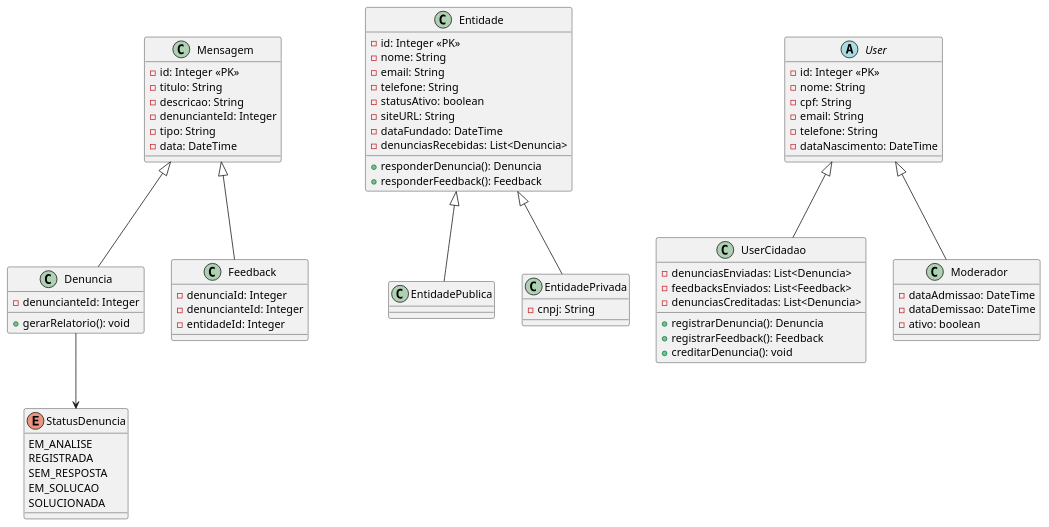
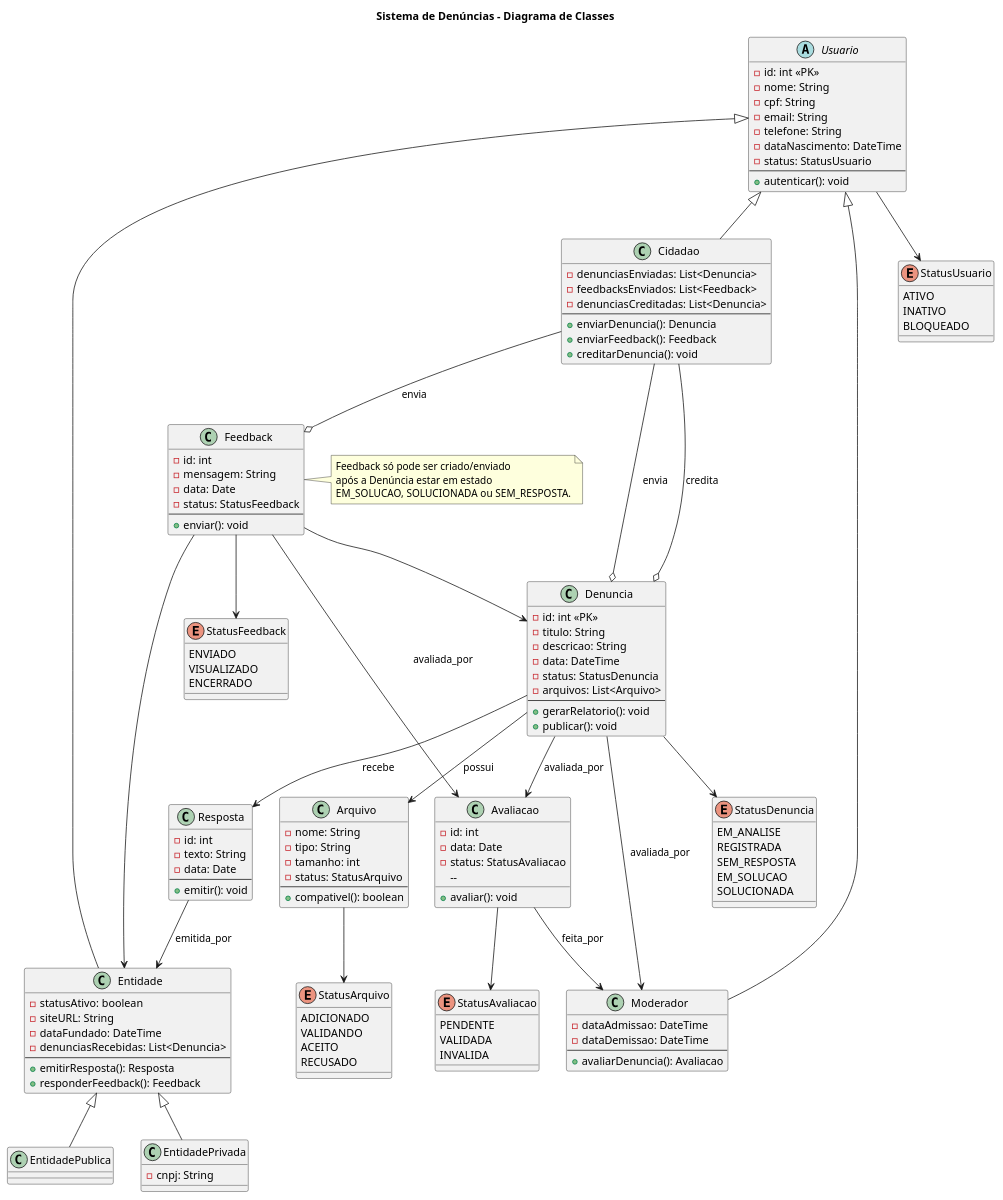
Before and after one commit to rafa-alves6/Reclama.se-AOO: the diagram in Diagramas/uml_classDiagram.puml, drawn with PlantUML.

```diff
--- a/Diagramas/uml_classDiagram.puml
+++ b/Diagramas/uml_classDiagram.puml
@@ -1,84 +1,156 @@
 @startuml
-abstract class User {
-  - id: Integer <<PK>>
+title Sistema de Denúncias - Diagrama de Classes
+
+abstract class Usuario {
+  - id: int <<PK>>
   - nome: String
   - cpf: String
   - email: String
   - telefone: String 
   - dataNascimento: DateTime
+  - status: StatusUsuario
+  --
+  + autenticar(): void
 }
 
-class UserCidadao {
+class Cidadao extends Usuario {
   - denunciasEnviadas: List<Denuncia> 
   - feedbacksEnviados: List<Feedback>
   - denunciasCreditadas: List<Denuncia>
-  + registrarDenuncia(): Denuncia
-  + registrarFeedback(): Feedback
+  --
+  + enviarDenuncia(): Denuncia
+  + enviarFeedback(): Feedback
   + creditarDenuncia(): void
 }
 
-class Moderador {
+class Moderador extends Usuario {
   - dataAdmissao: DateTime
   - dataDemissao: DateTime
-  - ativo: boolean
+  --
+  + avaliarDenuncia(): Avaliacao
 }
 
-UserCidadao -up-|> User
-Moderador -up-|> User
-
-class Entidade {
-  - id: Integer <<PK>>
-  - nome: String
-  - email: String
-  - telefone: String
+class Entidade extends Usuario {
   - statusAtivo: boolean 
   - siteURL: String 
   - dataFundado: DateTime
   - denunciasRecebidas: List<Denuncia>
-  + responderDenuncia(): Denuncia
+  --
+  + emitirResposta(): Resposta
   + responderFeedback(): Feedback
 }
 
+class EntidadePublica extends Entidade {
+}
 
-class EntidadePublica {
-} 
-
-class EntidadePrivada {
+class EntidadePrivada extends Entidade {
   - cnpj: String
 }
 
-EntidadePublica -up-|> Entidade
-EntidadePrivada -up-|> Entidade
-
-class Mensagem {
-  - id: Integer <<PK>>
+class Denuncia {
+  - id: int <<PK>>
   - titulo: String
   - descricao: String
-  - denuncianteId: Integer
-  - tipo: String 
   - data: DateTime
+  - status: StatusDenuncia
+  - arquivos: List<Arquivo>
+  --
+  + gerarRelatorio(): void
+  + publicar(): void
 }
 
-class Denuncia {
-  - denuncianteId: Integer
-  + gerarRelatorio(): void
+class Arquivo {
+  - nome: String
+  - tipo: String
+  - tamanho: int
+  - status: StatusArquivo
+  --
+  + compativel(): boolean
+}
+
+class Avaliacao {
+  - id: int
+  - data: Date
+  - status: StatusAvaliacao
+  -- 
+  + avaliar(): void
+}
+
+class Resposta {
+  - id: int
+  - texto: String
+  - data: Date
+  --
+  + emitir(): void
 }
 
 class Feedback {
-  - denunciaId: Integer
-  - denuncianteId: Integer
-  - entidadeId: Integer
+  - id: int
+  - mensagem: String
+  - data: Date
+  - status: StatusFeedback
+  --
+  + enviar(): void
 }
-Denuncia -up-|> Mensagem
-Feedback -up-|> Mensagem 
+
+' Enums
+enum StatusUsuario {
+  ATIVO
+  INATIVO
+  BLOQUEADO
+}
 
 enum StatusDenuncia {
   EM_ANALISE
   REGISTRADA
   SEM_RESPOSTA
   EM_SOLUCAO
   SOLUCIONADA
 }
 
+enum StatusArquivo {
+  ADICIONADO
+  VALIDANDO
+  ACEITO
+  RECUSADO
+}
+
+enum StatusAvaliacao {
+  PENDENTE
+  VALIDADA
+  INVALIDA
+}
+
+enum StatusFeedback {
+  ENVIADO
+  VISUALIZADO
+  ENCERRADO
+}
+
+' Relacionamentos
+Cidadao --o Denuncia : envia
+Cidadao --o Feedback : envia
+Cidadao --o Denuncia : credita
+Denuncia --> Arquivo : possui
+Denuncia --> Resposta : recebe
+Denuncia --> Moderador : avaliada_por
+Denuncia --> Avaliacao : avaliada_por
+Feedback --> Avaliacao : avaliada_por
+Avaliacao --> Moderador : feita_por
+Resposta --> Entidade : emitida_por
+Feedback --> Denuncia
+Feedback --> Entidade
+
+Usuario --> StatusUsuario
 Denuncia --> StatusDenuncia
+Arquivo --> StatusArquivo
+Avaliacao --> StatusAvaliacao
+Feedback --> StatusFeedback
+
+' Nota
+note right of Feedback
+  Feedback só pode ser criado/enviado
+  após a Denúncia estar em estado
+  EM_SOLUCAO, SOLUCIONADA ou SEM_RESPOSTA.
+end note
 @enduml
```
